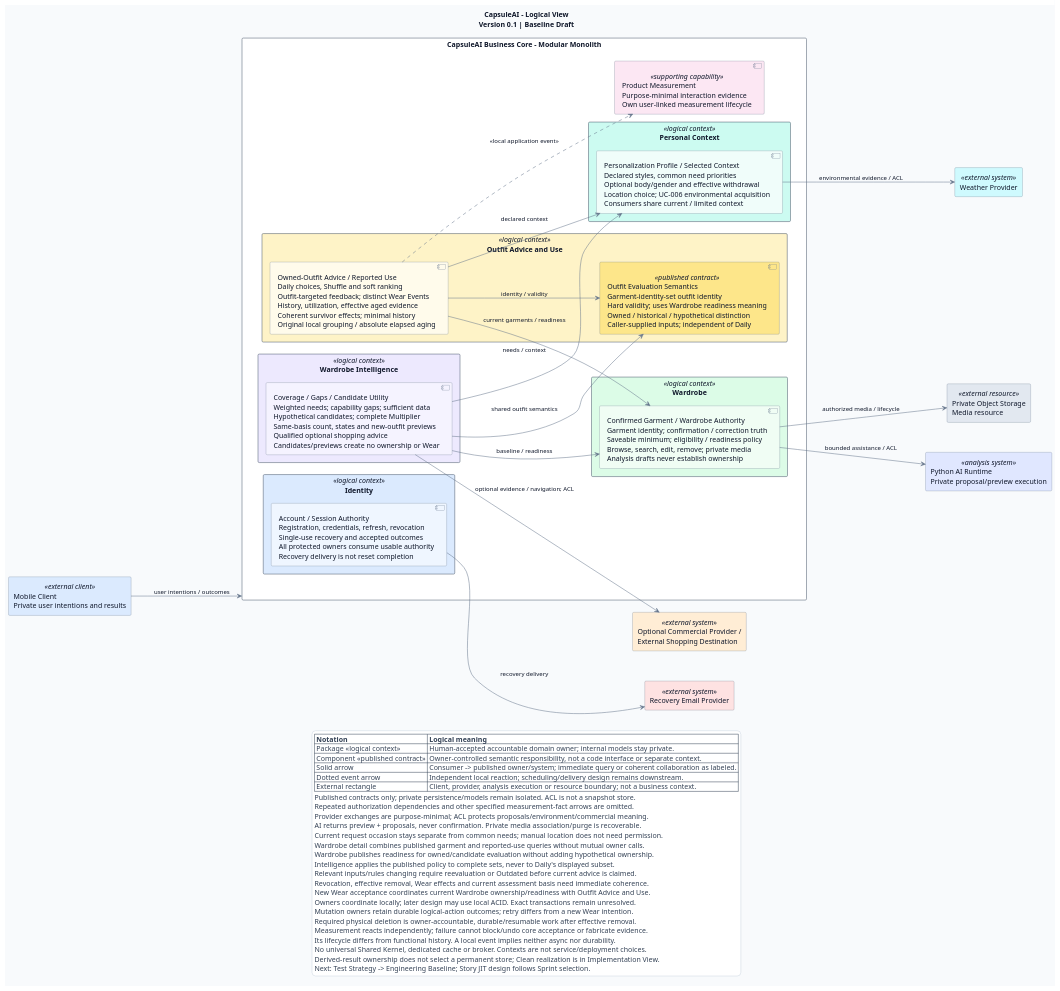
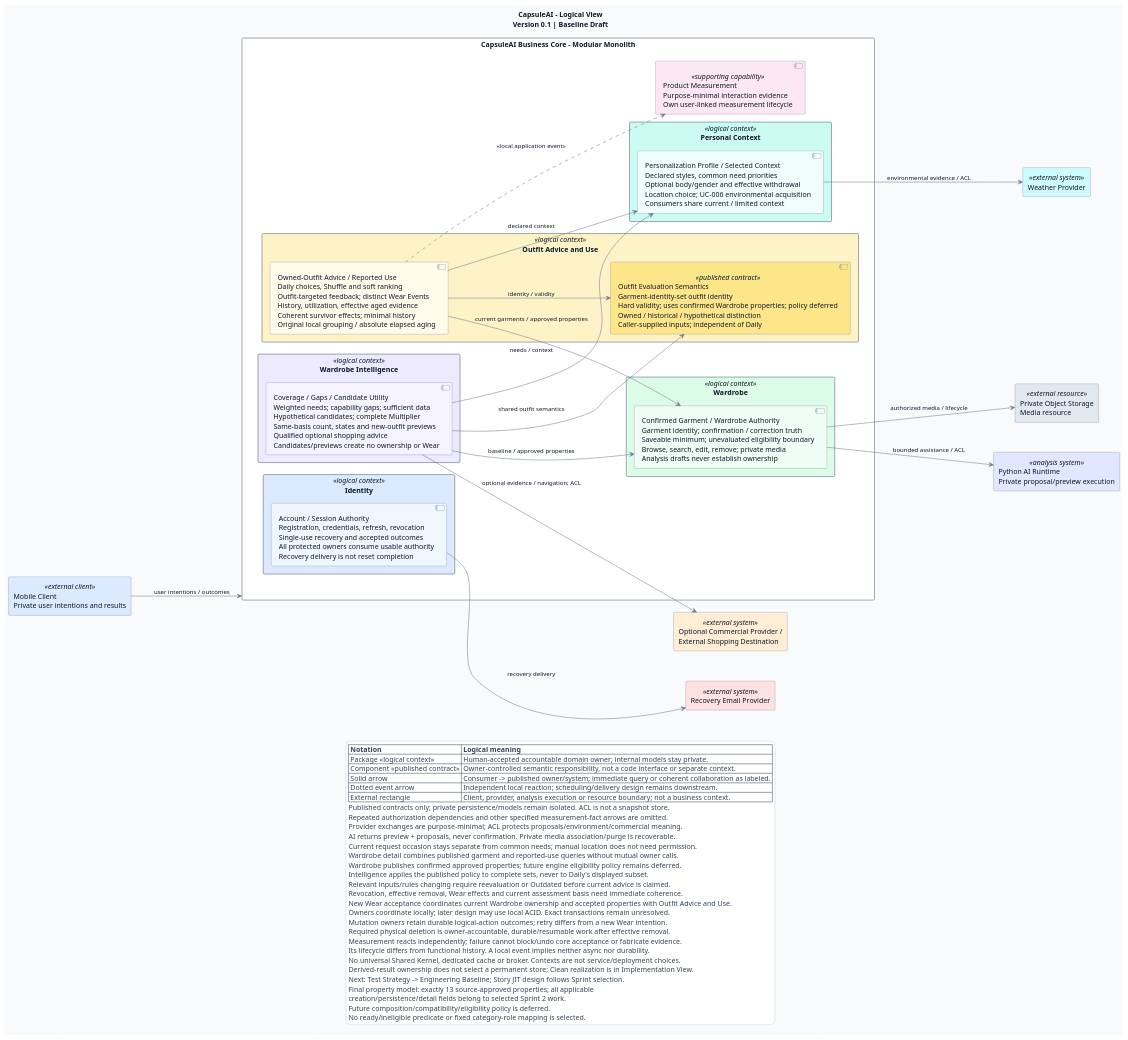
Before and after one commit to luubinhdeptrai/CapsuleAI: the diagram in docs/04-architecture/views/logical-view.puml, drawn with PlantUML. The commit also changed 48 other files, not shown here.

Commit message:
remove redundant properties of garment

```diff
--- a/docs/04-architecture/views/logical-view.puml
+++ b/docs/04-architecture/views/logical-view.puml
@@ -1,143 +1,149 @@
 @startuml
+' Product update 2026-11-05: Initial files/Image to Properties Extraction.md is property authority.
+' No owner/boundary/deployment selection changes; eligibility policy is deferred.
 ' Artifact: CapsuleAI Logical View
 ' Version: 0.1; Status: Baseline Draft; Date: 2026-10-10
 ' Source: ADD v0.1 + Selected Architecture Decisions v0.1.1 (ADA-001-018 Selected)
 ' Source versions are authoring baselines; navigation-only patches leave their meaning unchanged.
 ' Scope: logical/domain responsibilities only; decomposition accepted by the human, 2026-10-10.
 ' Navigation update only, 2026-10-11: all three preceding views human-accepted; Data v0.1 exists.
 ' Logical owners/dependencies unchanged; 2026-10-20 handoff: Test Strategy, then Engineering Baseline.
 ' Note: not deployment, source-code/package, physical-data or detailed-contract design.
 ' Process: Initial files/CapsuleAI_Scrum_Development_Workflow.md, Sections 21/39-43/46.
 ' Requirements: BRD v0.3; PRD v0.2; SRS v0.3; Business Rules v0.1.2.
 ' Architecture: ADD Sections 3/5-10/12-13; ASR-SEC-001/002, REL-001/002,
 ' CON-001, PERF-001, INT-001, USE-001, TEST-001; existing QA scenarios unchanged.
 ' Whole repository re-read; per-boundary SRS/rules and all 23 UCs re-read before allocation.
 '
 ' Domain reasoning: capabilities -> invariants -> language -> owners -> boundaries -> contracts.
 ' Identity: CAP-01; UC-001-004/AD-004; FR-AUTH; BRULE-AUTH; DATA-AUTH-001/002/005.
 ' Separate access/recovery from optional advice context; profile completeness never gates access.
 ' Personal Context: CAP-01; UC-005/006/AD-006; FR-PROF/WEATHER; BRULE-PROF.
 ' Keep selected environmental acquisition with personal context; no Weather bounded context.
 ' Wardrobe: CAP-02-04; UC-007-010/AD-007; FR-AI/GAR/WAR; BRULE-GAR; DATA-GAR.
 ' AI assistance and media lifecycle stay inside the confirmed-garment owner's responsibility.
 ' Outfit Advice and Use: CAP-05/06 + reported-use CAP-07; UC-011-018;
 ' AD-011/012/014/016/017; BRULE-OUT/PERS/WEAR/HIST; DATA-OUT/WEAR/HIST.
 ' Combine styling and behavior to keep exact targets, survivor effects and ranking coherent,
 ' avoiding mutual context calls; semantic evaluation is published separately within this owner.
 ' Wardrobe Intelligence: Coverage CAP-07 + CAP-08-10; UC-019-023;
 ' AD-019/020/021/022; BRULE-COV/GAP/MULT/SHOP; DATA-ANL-001-004.
 ' Keep capability gaps and complete candidate utility together; no separate Catalog/Commerce BC.
 ' Product Measurement: supporting responsibility, FR-MET-001-007/DATA-RET-003; no actor goal.
 ' Extraction review: Identity adds current-authority remote coupling; Context adds freshness/
 ' withdrawal coupling; Wardrobe adds confirmation/removal/media coherence; Outfit adds current
 ' wardrobe/context acceptance and basis coupling; Intelligence adds same-basis contract coupling.
 ' These are local collaborators today, not service assignments; no independent extraction driver.
 ' Review uncertainty: combined Outfit Advice and Use may merit later separation only with real
 ' change/ownership evidence; preserve one identity/validity owner and immediate survivor effects.
 
 title CapsuleAI - Logical View\nVersion 0.1 | Baseline Draft
 left to right direction
 skinparam monochrome false
 skinparam shadowing false
 skinparam backgroundColor #F8FAFC
 skinparam ArrowColor #64748B
 skinparam defaultFontColor #0F172A
 skinparam rectangle {
   BackgroundColor #F1F5F9
   BorderColor #64748B
   FontColor #0F172A
 }
 skinparam package {
   BorderColor #475569
   FontColor #0F172A
 }
 skinparam component {
   BorderColor #64748B
   FontColor #0F172A
 }
 skinparam legend {
   BackgroundColor #FFFFFF
   BorderColor #CBD5E1
   FontColor #334155
 }
 skinparam packageStyle rectangle
 skinparam componentStyle uml2
 skinparam defaultFontSize 14
 skinparam ArrowFontSize 12
 skinparam nodesep 60
 skinparam ranksep 90
 
 rectangle "Mobile Client\nPrivate user intentions and results" as Mobile <<external client>> #DBEAFE
 rectangle "Recovery Email Provider" as Email <<external system>> #FEE2E2
 rectangle "Weather Provider" as Weather <<external system>> #CFFAFE
 rectangle "Python AI Runtime\nPrivate proposal/preview execution" as AI <<analysis system>> #E0E7FF
 rectangle "Private Object Storage\nMedia resource" as Media <<external resource>> #E2E8F0
 rectangle "Optional Commercial Provider /\nExternal Shopping Destination" as Shopping <<external system>> #FFEDD5
 
 rectangle "CapsuleAI Business Core - Modular Monolith" as Core #FFFFFF {
     package "Identity" as Identity <<logical context>> #DBEAFE {
         component "Account / Session Authority\nRegistration, credentials, refresh, revocation\nSingle-use recovery and accepted outcomes\nAll protected owners consume usable authority\nRecovery delivery is not reset completion" as Access #EFF6FF
     }
     package "Personal Context" as Context <<logical context>> #CCFBF1 {
         component "Personalization Profile / Selected Context\nDeclared styles, common need priorities\nOptional body/gender and effective withdrawal\nLocation choice; UC-006 environmental acquisition\nConsumers share current / limited context" as Personal #F0FDFA
     }
     package "Wardrobe" as Wardrobe <<logical context>> #DCFCE7 {
-        component "Confirmed Garment / Wardrobe Authority\nGarment identity; confirmation / correction truth\nSaveable minimum; eligibility / readiness policy\nBrowse, search, edit, remove; private media\nAnalysis drafts never establish ownership" as Garments #F0FDF4
+        component "Confirmed Garment / Wardrobe Authority\nGarment identity; confirmation / correction truth\nSaveable minimum; unevaluated eligibility boundary\nBrowse, search, edit, remove; private media\nAnalysis drafts never establish ownership" as Garments #F0FDF4
     }
     package "Outfit Advice and Use" as Outfits <<logical context>> #FEF3C7 {
         component "Owned-Outfit Advice / Reported Use\nDaily choices, Shuffle and soft ranking\nOutfit-targeted feedback; distinct Wear Events\nHistory, utilization, effective aged evidence\nCoherent survivor effects; minimal history\nOriginal local grouping / absolute elapsed aging" as Advice #FFFBEB
-        component "Outfit Evaluation Semantics\nGarment-identity-set outfit identity\nHard validity; uses Wardrobe readiness meaning\nOwned / historical / hypothetical distinction\nCaller-supplied inputs; independent of Daily" as Evaluation <<published contract>> #FDE68A
+        component "Outfit Evaluation Semantics\nGarment-identity-set outfit identity\nHard validity; uses confirmed Wardrobe properties; policy deferred\nOwned / historical / hypothetical distinction\nCaller-supplied inputs; independent of Daily" as Evaluation <<published contract>> #FDE68A
     }
     package "Wardrobe Intelligence" as Intelligence <<logical context>> #EDE9FE {
         component "Coverage / Gaps / Candidate Utility\nWeighted needs; capability gaps; sufficient data\nHypothetical candidates; complete Multiplier\nSame-basis count, states and new-outfit previews\nQualified optional shopping advice\nCandidates/previews create no ownership or Wear" as Assessments #F5F3FF
     }
     component "Product Measurement\nPurpose-minimal interaction evidence\nOwn user-linked measurement lifecycle" as Measurement <<supporting capability>> #FCE7F3
 }
 
 ' Dependencies point from consumer to the owner/system whose published meaning it needs.
 Mobile --> Core : user intentions / outcomes
 Access --> Email : recovery delivery
 Personal --> Weather : environmental evidence / ACL
 Garments --> AI : bounded assistance / ACL
 Garments --> Media : authorized media / lifecycle
 
-Advice --> Garments : current garments / readiness
+Advice --> Garments : current garments / approved properties
 Advice --> Personal : declared context
 Advice --> Evaluation : identity / validity
-Assessments --> Garments : baseline / readiness
+Assessments --> Garments : baseline / approved properties
 Assessments --> Personal : needs / context
 Assessments --> Evaluation : shared outfit semantics
 Assessments --> Shopping : optional evidence / navigation; ACL
 
 ' One representative event dependency; other FR-MET interactions use the same supporting owner.
 Advice ..> Measurement : <<local application event>>
 
 legend bottom
   |= Notation |= Logical meaning |
   | Package <<logical context>> | Human-accepted accountable domain owner; internal models stay private. |
   | Component <<published contract>> | Owner-controlled semantic responsibility, not a code interface or separate context. |
   | Solid arrow | Consumer -> published owner/system; immediate query or coherent collaboration as labeled. |
   | Dotted event arrow | Independent local reaction; scheduling/delivery design remains downstream. |
   | External rectangle | Client, provider, analysis execution or resource boundary; not a business context. |
   Published contracts only; private persistence/models remain isolated. ACL is not a snapshot store.
   Repeated authorization dependencies and other specified measurement-fact arrows are omitted.
   Provider exchanges are purpose-minimal; ACL protects proposals/environment/commercial meaning.
   AI returns preview + proposals, never confirmation. Private media association/purge is recoverable.
   Current request occasion stays separate from common needs; manual location does not need permission.
   Wardrobe detail combines published garment and reported-use queries without mutual owner calls.
-  Wardrobe publishes readiness for owned/candidate evaluation without adding hypothetical ownership.
+  Wardrobe publishes confirmed approved properties; future engine eligibility policy remains deferred.
   Intelligence applies the published policy to complete sets, never to Daily's displayed subset.
   Relevant inputs/rules changing require reevaluation or Outdated before current advice is claimed.
   Revocation, effective removal, Wear effects and current assessment basis need immediate coherence.
-  New Wear acceptance coordinates current Wardrobe ownership/readiness with Outfit Advice and Use.
+  New Wear acceptance coordinates current Wardrobe ownership and accepted properties with Outfit Advice and Use.
   Owners coordinate locally; later design may use local ACID. Exact transactions remain unresolved.
   Mutation owners retain durable logical-action outcomes; retry differs from a new Wear intention.
   Required physical deletion is owner-accountable, durable/resumable work after effective removal.
   Measurement reacts independently; failure cannot block/undo core acceptance or fabricate evidence.
   Its lifecycle differs from functional history. A local event implies neither async nor durability.
   No universal Shared Kernel, dedicated cache or broker. Contexts are not service/deployment choices.
   Derived-result ownership does not select a permanent store; Clean realization is in Implementation View.
   Next: Test Strategy -> Engineering Baseline; Story JIT design follows Sprint selection.
+  Final property model: exactly 13 source-approved properties; all applicable
+  creation/persistence/detail fields belong to selected Sprint 2 work.
+  Future composition/compatibility/eligibility policy is deferred.
+  No ready/ineligible predicate or fixed category-role mapping is selected.
 endlegend
 
 @enduml
```
